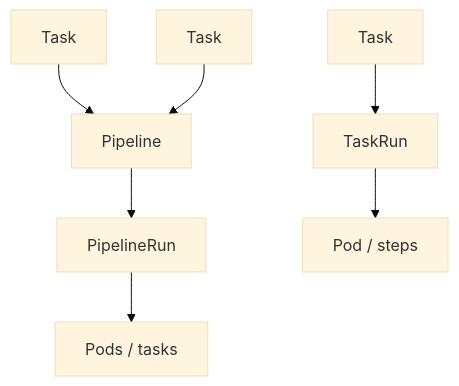
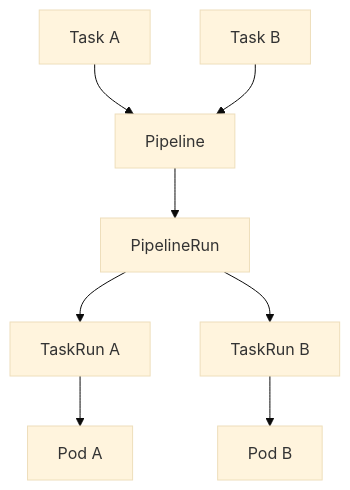
Diagram 19 of 19 in mindmap/README.md (fmonticelli/ex288-labs), drawn with Mermaid (base theme) before and after one commit. The commit also changed other lines of this file, not shown here.

Commit message:
docs: map Tekton tasks params and workspaces

````diff
--- a/mindmap/README.md
+++ b/mindmap/README.md
@@ -885,9 +962,10 @@
 ```mermaid
 flowchart TD
-    TASK[Task] --> TR[TaskRun]
-    T1[Task] --> PIPE[Pipeline]
-    T2[Task] --> PIPE
-    PIPE --> PR[PipelineRun]
-    TR --> POD1[Pod / steps]
-    PR --> POD2[Pods / tasks]
+    T1[Task A] --> P[Pipeline]
+    T2[Task B] --> P
+    P --> PR[PipelineRun]
+    PR --> TR1[TaskRun A]
+    PR --> TR2[TaskRun B]
+    TR1 --> POD1[Pod A]
+    TR2 --> POD2[Pod B]
 ```
````
